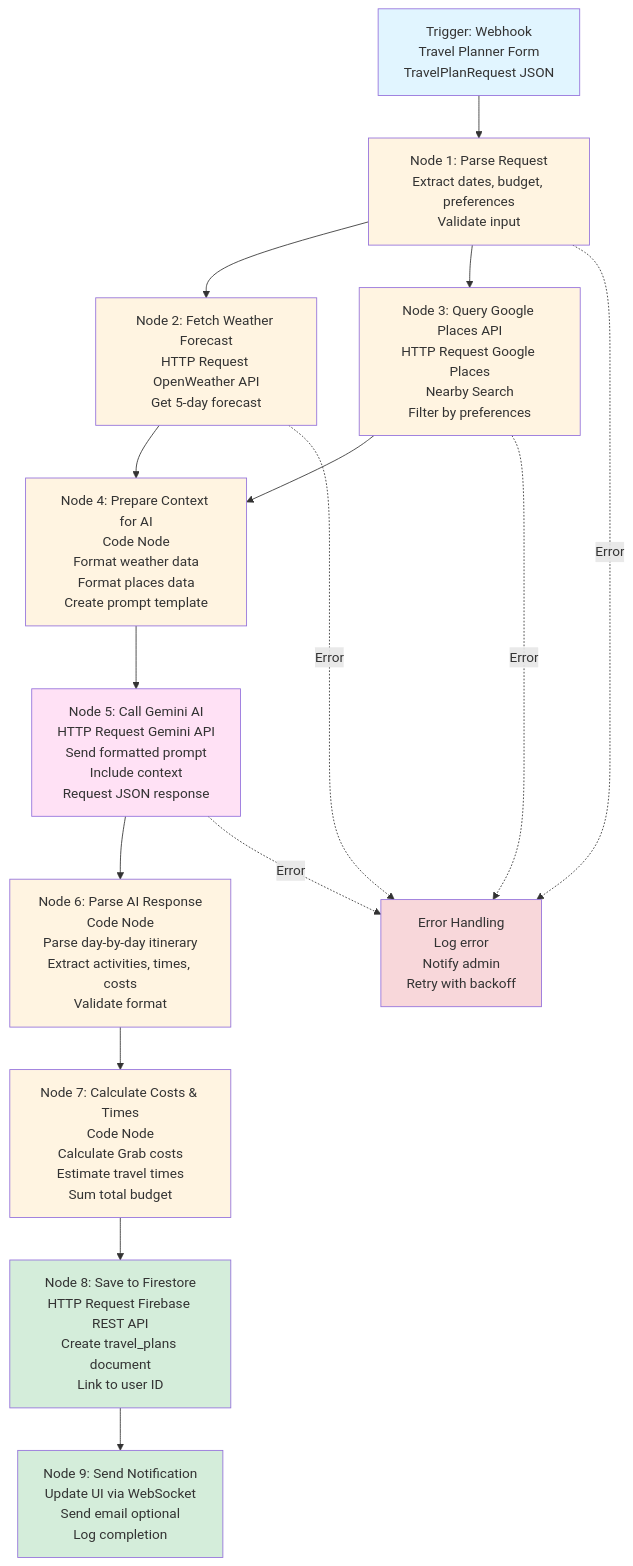
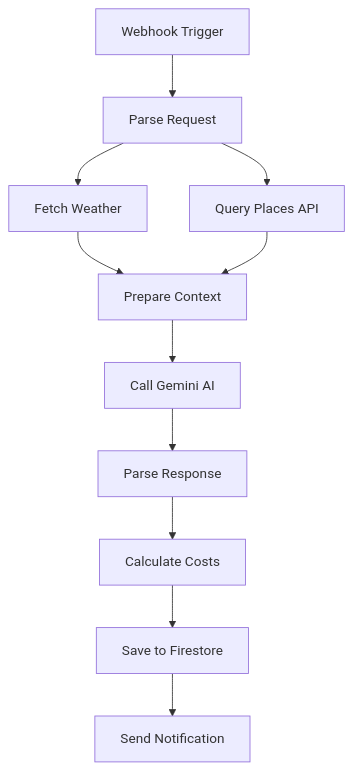
One commit to nvtank/AI_Assistant_DN changed the second of 3 diagrams in docs/future/01-n8n-AI-Workflow-Diagram.md. Above: the diagram before and after it, drawn with Mermaid. The commit also changed other lines of this file and 3 other files, not shown here.

````diff
--- a/docs/future/01-n8n-AI-Workflow-Diagram.md
+++ b/docs/future/01-n8n-AI-Workflow-Diagram.md
@@ -139,36 +125,13 @@
 ```mermaid
 flowchart TD
-    Start[Trigger: Webhook<br/>Travel Planner Form<br/>TravelPlanRequest JSON] --> N1[Node 1: Parse Request<br/>Extract dates, budget, preferences<br/>Validate input]
-    N1 --> N2[Node 2: Fetch Weather Forecast<br/>HTTP Request OpenWeather API<br/>Get 5-day forecast]
-    N1 --> N3[Node 3: Query Google Places API<br/>HTTP Request Google Places<br/>Nearby Search<br/>Filter by preferences]
-    
-    N2 --> N4[Node 4: Prepare Context for AI<br/>Code Node<br/>Format weather data<br/>Format places data<br/>Create prompt template]
+    Start[Webhook Trigger] --> N1[Parse Request]
+    N1 --> N2[Fetch Weather]
+    N1 --> N3[Query Places API]
+    N2 --> N4[Prepare Context]
     N3 --> N4
-    
-    N4 --> N5[Node 5: Call Gemini AI<br/>HTTP Request Gemini API<br/>Send formatted prompt<br/>Include context<br/>Request JSON response]
-    
-    N5 --> N6[Node 6: Parse AI Response<br/>Code Node<br/>Parse day-by-day itinerary<br/>Extract activities, times, costs<br/>Validate format]
-    
-    N6 --> N7[Node 7: Calculate Costs & Times<br/>Code Node<br/>Calculate Grab costs<br/>Estimate travel times<br/>Sum total budget]
-    
-    N7 --> N8[Node 8: Save to Firestore<br/>HTTP Request Firebase REST API<br/>Create travel_plans document<br/>Link to user ID]
-    
-    N8 --> N9[Node 9: Send Notification<br/>Update UI via WebSocket<br/>Send email optional<br/>Log completion]
-    
-    N1 -.Error.-> Error[Error Handling<br/>Log error<br/>Notify admin<br/>Retry with backoff]
-    N2 -.Error.-> Error
-    N3 -.Error.-> Error
-    N5 -.Error.-> Error
-    
-    style Start fill:#e1f5ff
-    style N1 fill:#fff4e1
-    style N2 fill:#fff4e1
-    style N3 fill:#fff4e1
-    style N4 fill:#fff4e1
-    style N5 fill:#ffe1f5
-    style N6 fill:#fff4e1
-    style N7 fill:#fff4e1
-    style N8 fill:#d4edda
-    style N9 fill:#d4edda
-    style Error fill:#f8d7da
+    N4 --> N5[Call Gemini AI]
+    N5 --> N6[Parse Response]
+    N6 --> N7[Calculate Costs]
+    N7 --> N8[Save to Firestore]
+    N8 --> N9[Send Notification]
 ```
````
